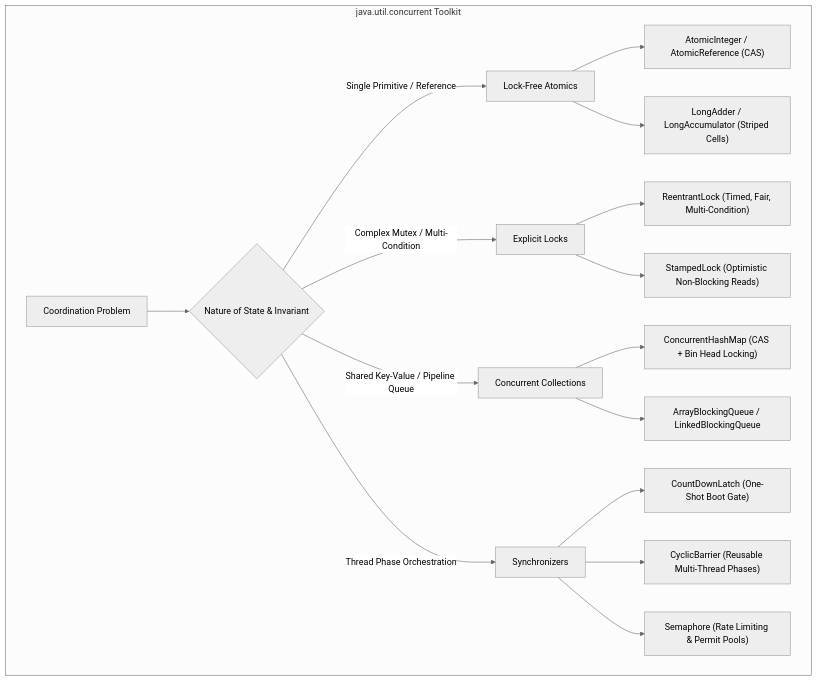
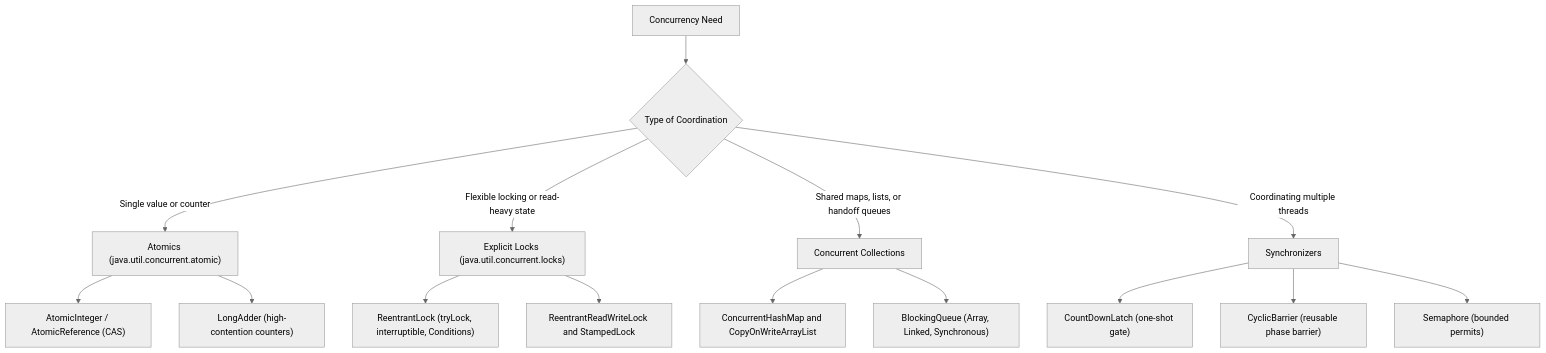
One commit to ravishankar2463/java_hub changed the first of 3 diagrams in content/roadmap/level-5/the-javautilconcurrent-package.md. Above: the diagram before and after it, drawn with Mermaid (neutral theme). The commit also changed other lines of this file and 119 other files, not shown here.

Commit message:
feat: add comprehensive java learning roadmap content across multiple levels

````diff
--- a/content/roadmap/level-5/the-javautilconcurrent-package.md
+++ b/content/roadmap/level-5/the-javautilconcurrent-package.md
@@ -14,23 +12,21 @@
 ```mermaid
 flowchart TD
-    subgraph "java.util.concurrent Toolkit"
-        A["Coordination Problem"] --> B{"Nature of State & Invariant"}
-        
-        B -->|"Single Primitive / Reference"| C["Lock-Free Atomics"]
-        C --> C1["AtomicInteger / AtomicReference (CAS)"]
-        C --> C2["LongAdder / LongAccumulator (Striped Cells)"]
-        
-        B -->|"Complex Mutex / Multi-Condition"| D["Explicit Locks"]
-        D --> D1["ReentrantLock (Timed, Fair, Multi-Condition)"]
-        D --> D2["StampedLock (Optimistic Non-Blocking Reads)"]
-        
-        B -->|"Shared Key-Value / Pipeline Queue"| E["Concurrent Collections"]
-        E --> E1["ConcurrentHashMap (CAS + Bin Head Locking)"]
-        E --> E2["ArrayBlockingQueue / LinkedBlockingQueue"]
-        
-        B -->|"Thread Phase Orchestration"| F["Synchronizers"]
-        F --> F1["CountDownLatch (One-Shot Boot Gate)"]
-        F --> F2["CyclicBarrier (Reusable Multi-Thread Phases)"]
-        F --> F3["Semaphore (Rate Limiting & Permit Pools)"]
-    end
+    Problem["Concurrency Need"] --> Choice{"Type of Coordination"}
+
+    Choice -->|"Single value or counter"| Atomics["Atomics (java.util.concurrent.atomic)"]
+    Atomics --> A1["AtomicInteger / AtomicReference (CAS)"]
+    Atomics --> A2["LongAdder (high-contention counters)"]
+
+    Choice -->|"Flexible locking or read-heavy state"| Locks["Explicit Locks (java.util.concurrent.locks)"]
+    Locks --> L1["ReentrantLock (tryLock, interruptible, Conditions)"]
+    Locks --> L2["ReentrantReadWriteLock and StampedLock"]
+
+    Choice -->|"Shared maps, lists, or handoff queues"| Collections["Concurrent Collections"]
+    Collections --> C1["ConcurrentHashMap and CopyOnWriteArrayList"]
+    Collections --> C2["BlockingQueue (Array, Linked, Synchronous)"]
+
+    Choice -->|"Coordinating multiple threads"| Sync["Synchronizers"]
+    Sync --> S1["CountDownLatch (one-shot gate)"]
+    Sync --> S2["CyclicBarrier (reusable phase barrier)"]
+    Sync --> S3["Semaphore (bounded permits)"]
 ```
````
